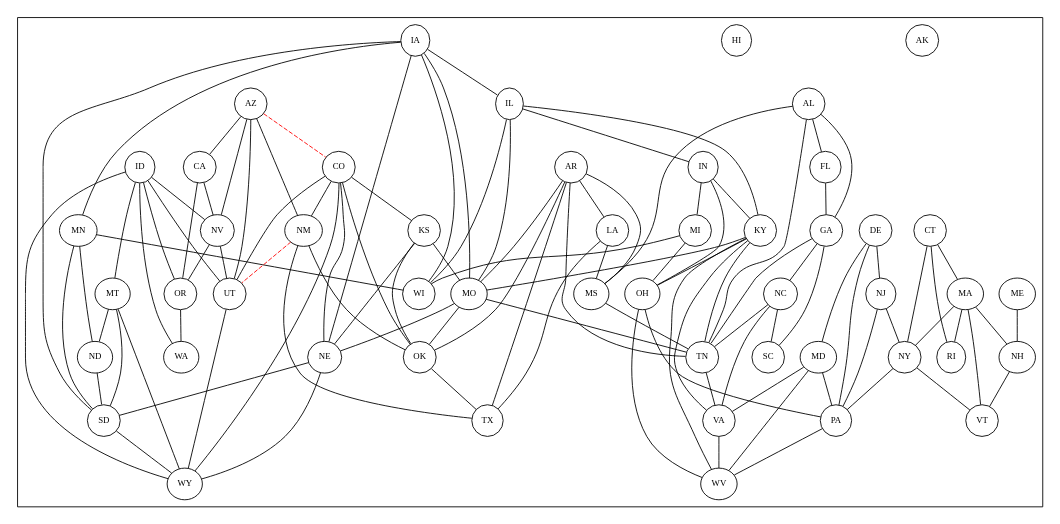
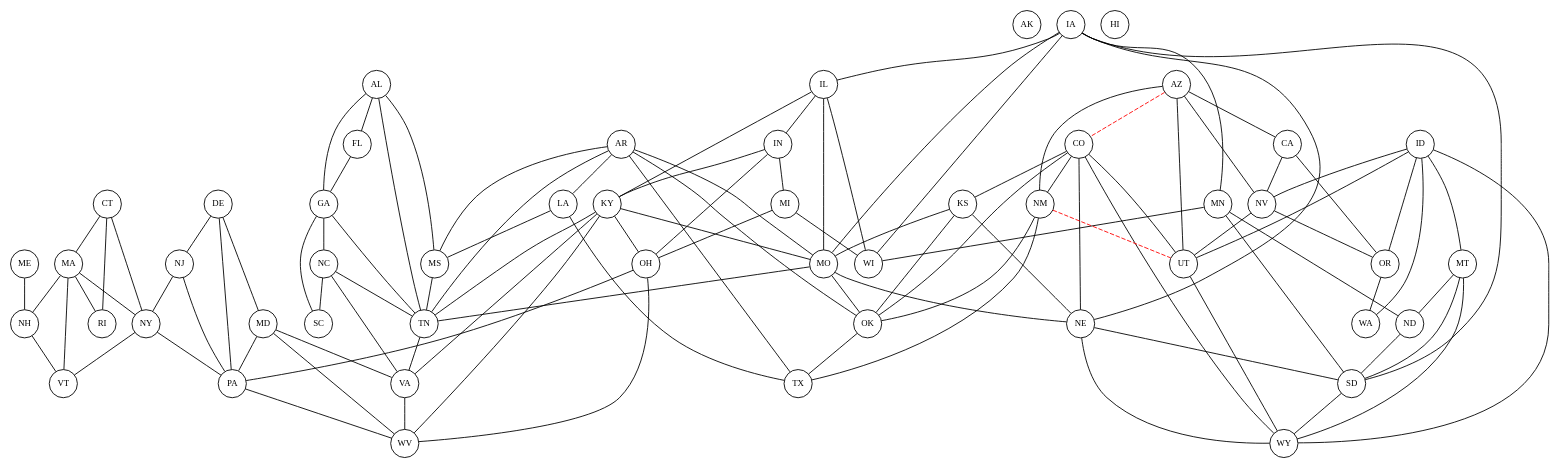
The diagram in states_planned.dot (jaycoskey/DataVisualization), drawn with Graphviz before and after one commit. The commit also changed 5 other files, not shown here.

```diff
--- a/states_planned.dot
+++ b/states_planned.dot
@@ -1,164 +1,162 @@
 strict graph States {
+    node [fixedsize=true fontsize=10 height=0.45 width=0.45]
 
-  node [fontsize=10, width=0.3]
-  subgraph cluster_states {
-    AK [pos="650.0,200.0"]
+    AK [pos="50.0,50.0"]
     AL [pos="400.0,100.0"]
     AR [pos="300.0,150.0"]
     AZ [pos="150.0,150.0"]
     CA [pos="50.0,150.0"]
     CO [pos="200.0,200.0"]
     CT [pos="600.0,350.0"]
     DE [pos="600.0,250.0"]
     FL [pos="450.0,50.0"]
     GA [pos="450.0,100.0"]
-    HI [pos="650.0,100.0"]
+    HI [pos="150.0,50.0"]
     IA [pos="300.0,300.0"]
     ID [pos="150.0,300.0"]
     IL [pos="350.0,250.0"]
     IN [pos="400.0,250.0"]
     KS [pos="250.0,200.0"]
     KY [pos="400.0,200.0"]
     LA [pos="300.0,50.0"]
     MA [pos="600.0,400.0"]
     MD [pos="550.0,250.0"]
     ME [pos="700.0,500.0"]
     MI [pos="400.0,400.0"]
     MN [pos="300.0,400.0"]
     MO [pos="300.0,200.0"]
     MS [pos="350.0,100.0"]
     MT [pos="200.0,450.0"]
     NC [pos="550.0,150.0"]
     ND [pos="250.0,450.0"]
     NE [pos="250.0,250.0"]
     NH [pos="650.0,450.0"]
     NJ [pos="600.0,300.0"]
     NM [pos="200.0,150.0"]
     NV [pos="100.0,200.0"]
     NY [pos="550.0,400.0"]
     OH [pos="450.0,250.0"]
     OK [pos="250.0,150.0"]
     OR [pos="50.0,300.0"]
     PA [pos="550.0,300.0"]
     RI [pos="650.0,350.0"]
     SC [pos="550.0,100.0"]
     SD [pos="250.0,350.0"]
     TN [pos="400.0,150.0"]
     TX [pos="250.0,50.0"]
     UT [pos="150.0,200.0"]
     VA [pos="550.0,200.0"]
     VT [pos="600.0,450.0"]
     WA [pos="50.0,450.0"]
     WI [pos="350.0,400.0"]
     WV [pos="500.0,250.0"]
     WY [pos="200.0,300.0"]
-  }
 
-  AL -- FL [ ]
-  AL -- GA [ ]
-  AL -- MS [ ]
-  AL -- TN [ ]
-  AR -- LA [ ]
-  AR -- MO [ ]
-  AR -- MS [ ]
-  AR -- OK [ ]
-  AR -- TN [ ]
-  AR -- TX [ ]
-  AZ -- CA [ ]
-  AZ -- CO [color=red style=dashed]
-  AZ -- NM [ ]
-  AZ -- NV [ ]
-  AZ -- UT [ ]
-  CA -- NV [ ]
-  CA -- OR [ ]
-  CO -- KS [ ]
-  CO -- NE [ ]
-  CO -- NM [ ]
-  CO -- OK [ ]
-  CO -- UT [ ]
-  CO -- WY [ ]
-  CT -- MA [ ]
-  CT -- NY [ ]
-  CT -- RI [ ]
-  DE -- MD [ ]
-  DE -- NJ [ ]
-  DE -- PA [ ]
-  FL -- GA [ ]
-  GA -- NC [ ]
-  GA -- SC [ ]
-  GA -- TN [ ]
-  IA -- IL [ ]
-  IA -- MN [ ]
-  IA -- MO [ ]
-  IA -- NE [ ]
-  IA -- SD [ ]
-  IA -- WI [ ]
-  ID -- MT [ ]
-  ID -- NV [ ]
-  ID -- OR [ ]
-  ID -- UT [ ]
-  ID -- WA [ ]
-  ID -- WY [ ]
-  IL -- IN [ ]
-  IL -- KY [ ]
-  IL -- MO [ ]
-  IL -- WI [ ]
-  IN -- KY [ ]
-  IN -- MI [ ]
-  IN -- OH [ ]
-  KS -- MO [ ]
-  KS -- NE [ ]
-  KS -- OK [ ]
-  KY -- MO [ ]
-  KY -- OH [ ]
-  KY -- TN [ ]
-  KY -- VA [ ]
-  KY -- WV [ ]
-  LA -- MS [ ]
-  LA -- TX [ ]
-  MA -- NH [ ]
-  MA -- NY [ ]
-  MA -- RI [ ]
-  MA -- VT [ ]
-  MD -- PA [ ]
-  MD -- VA [ ]
-  MD -- WV [ ]
-  ME -- NH [ ]
-  MI -- OH [ ]
-  MI -- WI [ ]
-  MN -- ND [ ]
-  MN -- SD [ ]
-  MN -- WI [ ]
-  MO -- NE [ ]
-  MO -- OK [ ]
-  MO -- TN [ ]
-  MS -- TN [ ]
-  MT -- ND [ ]
-  MT -- SD [ ]
-  MT -- WY [ ]
-  NC -- SC [ ]
-  NC -- TN [ ]
-  NC -- VA [ ]
-  ND -- SD [ ]
-  NE -- SD [ ]
-  NE -- WY [ ]
-  NH -- VT [ ]
-  NJ -- NY [ ]
-  NJ -- PA [ ]
-  NM -- OK [ ]
-  NM -- TX [ ]
-  NM -- UT [color=red style=dashed]
-  NV -- OR [ ]
-  NV -- UT [ ]
-  NY -- PA [ ]
-  NY -- VT [ ]
-  OH -- PA [ ]
-  OH -- WV [ ]
-  OK -- TX [ ]
-  OR -- WA [ ]
-  PA -- WV [ ]
-  SD -- WY [ ]
-  TN -- VA [ ]
-  UT -- WY [ ]
-  VA -- WV [ ]
+    AL -- FL 
+    AL -- GA 
+    AL -- MS 
+    AL -- TN 
+    AR -- LA 
+    AR -- MO 
+    AR -- MS 
+    AR -- OK 
+    AR -- TN 
+    AR -- TX 
+    AZ -- CA 
+    AZ -- CO [color=red style=dashed]
+    AZ -- NM 
+    AZ -- NV 
+    AZ -- UT 
+    CA -- NV 
+    CA -- OR 
+    CO -- KS 
+    CO -- NE 
+    CO -- NM 
+    CO -- OK 
+    CO -- UT 
+    CO -- WY 
+    CT -- MA 
+    CT -- NY 
+    CT -- RI 
+    DE -- MD 
+    DE -- NJ 
+    DE -- PA 
+    FL -- GA 
+    GA -- NC 
+    GA -- SC 
+    GA -- TN 
+    IA -- IL 
+    IA -- MN 
+    IA -- MO 
+    IA -- NE 
+    IA -- SD 
+    IA -- WI 
+    ID -- MT 
+    ID -- NV 
+    ID -- OR 
+    ID -- UT 
+    ID -- WA 
+    ID -- WY 
+    IL -- IN 
+    IL -- KY 
+    IL -- MO 
+    IL -- WI 
+    IN -- KY 
+    IN -- MI 
+    IN -- OH 
+    KS -- MO 
+    KS -- NE 
+    KS -- OK 
+    KY -- MO 
+    KY -- OH 
+    KY -- TN 
+    KY -- VA 
+    KY -- WV 
+    LA -- MS 
+    LA -- TX 
+    MA -- NH 
+    MA -- NY 
+    MA -- RI 
+    MA -- VT 
+    MD -- PA 
+    MD -- VA 
+    MD -- WV 
+    ME -- NH 
+    MI -- OH 
+    MI -- WI 
+    MN -- ND 
+    MN -- SD 
+    MN -- WI 
+    MO -- NE 
+    MO -- OK 
+    MO -- TN 
+    MS -- TN 
+    MT -- ND 
+    MT -- SD 
+    MT -- WY 
+    NC -- SC 
+    NC -- TN 
+    NC -- VA 
+    ND -- SD 
+    NE -- SD 
+    NE -- WY 
+    NH -- VT 
+    NJ -- NY 
+    NJ -- PA 
+    NM -- OK 
+    NM -- TX 
+    NM -- UT [color=red style=dashed]
+    NV -- OR 
+    NV -- UT 
+    NY -- PA 
+    NY -- VT 
+    OH -- PA 
+    OH -- WV 
+    OK -- TX 
+    OR -- WA 
+    PA -- WV 
+    SD -- WY 
+    TN -- VA 
+    UT -- WY 
+    VA -- WV 
 }
```
